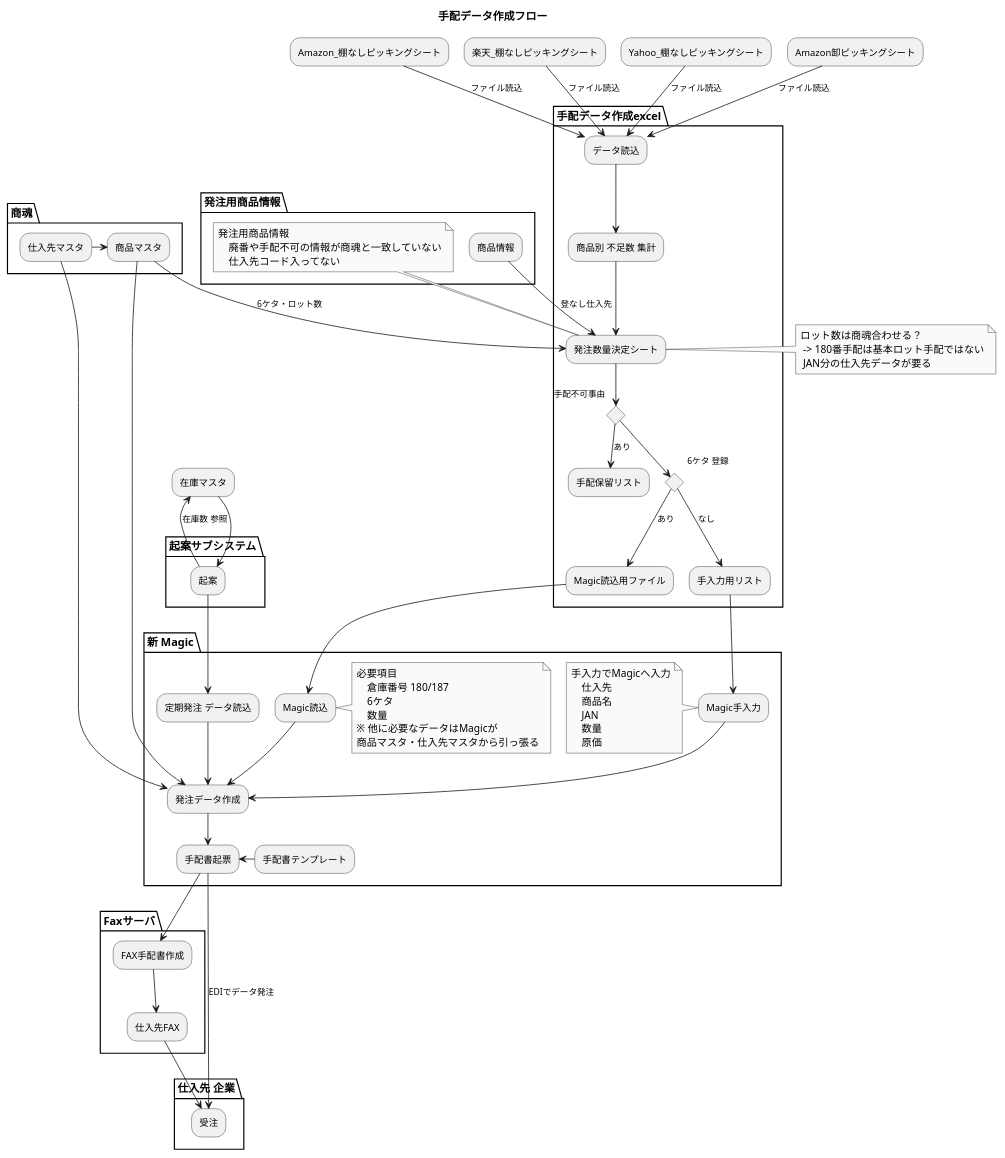
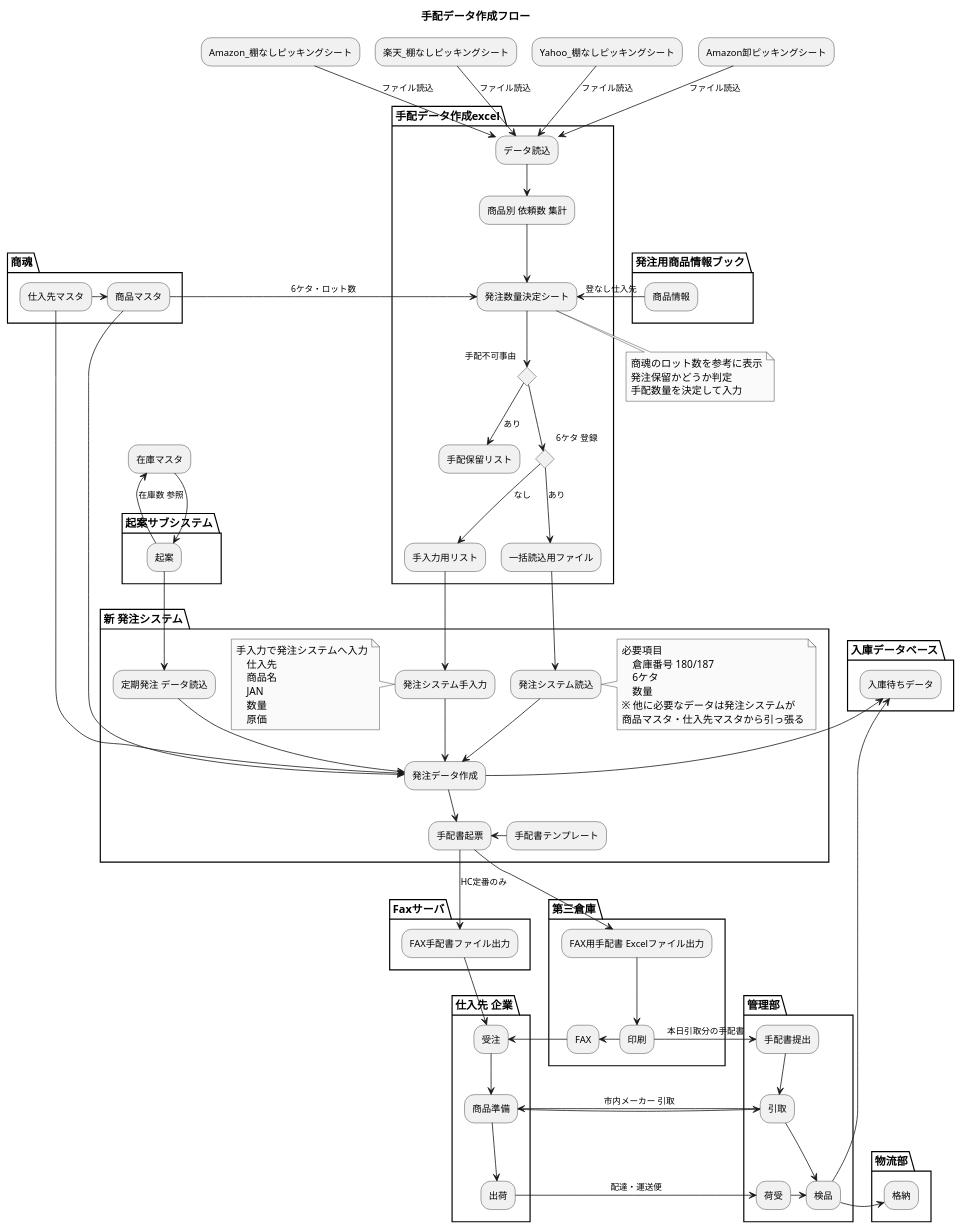
Before and after one commit to amunenaga/ec-backyard-macro: the diagram in build_purchase_data.puml, drawn with PlantUML.

Commit message:
手配フロー追記

```diff
--- a/build_purchase_data.puml
+++ b/build_purchase_data.puml
@@ -1,111 +1,137 @@
 @startuml 手配データ作成フロー
 
 title 手配データ作成フロー
 skinparam monochrome true
 
 partition 手配データ作成excel {
-    "データ読込" --> "商品別 不足数 集計"
+    "データ読込" --> "商品別 依頼数 集計"
 
-    "商品別 不足数 集計" --> "発注数量決定シート"
+    "商品別 依頼数 集計" --> "発注数量決定シート"
 
     if "手配不可事由"
             --> [あり]"手配保留リスト"
     else
             if "6ケタ 登録"
-                --> [あり] "Magic読込用ファイル"
+                --> [あり] "一括読込用ファイル"
             else
                 --> [なし] "手入力用リスト"
         end if 
     end if
     
 }
 
 "Amazon_棚なしピッキングシート" --> [ファイル読込]"データ読込"
 "楽天_棚なしピッキングシート" --> [ファイル読込]"データ読込"
 "Yahoo_棚なしピッキングシート" --> [ファイル読込]"データ読込"
 "Amazon卸ピッキングシート"--> [ファイル読込]"データ読込"
 
-Partition "新 Magic" {
+Partition "新 発注システム" {
 
-    "Magic読込用ファイル" -down-> "Magic読込"
+    "一括読込用ファイル" -down-> "発注システム読込"
     note right
         必要項目
             倉庫番号 180/187
             6ケタ
             数量
-        ※ 他に必要なデータはMagicが
+        ※ 他に必要なデータは発注システムが
         商品マスタ・仕入先マスタから引っ張る
     end note
 
-    "Magic読込" -down-> "発注データ作成"
+    "発注システム読込" -down-> "発注データ作成"
         
-    "手入力用リスト" --> "Magic手入力"
+    "手入力用リスト" --> "発注システム手入力"
     note left
-            手入力でMagicへ入力
+            手入力で発注システムへ入力
                 仕入先
                 商品名
                 JAN
                 数量
                 原価
     end note
 
 
-    "Magic手入力" --> "発注データ作成"
+    "発注システム手入力" --> "発注データ作成"
 
     "定期発注 データ読込" --> "発注データ作成"
 
     "発注データ作成" --> "手配書起票"
     "手配書テンプレート" -left-> "手配書起票"
 
 }
 
 Partition "起案サブシステム" {
     "起案" --> "定期発注 データ読込"
 }
 
 "起案" -up-> [在庫数 参照] "在庫マスタ"
 "在庫マスタ" --> "起案"
 
 partition 商魂 {
 
     "商品マスタ" --> "発注データ作成"
     "仕入先マスタ" --> "発注データ作成"
 
 }
 
 "仕入先マスタ" -right-> "商品マスタ"
---> [6ケタ・ロット数]"発注数量決定シート"
+-right-> [6ケタ・ロット数]"発注数量決定シート"
 
-note left
-    ロット数は商魂合わせる？
-     -> 180番手配は基本ロット手配ではない
-     JAN分の仕入先データが要る
+note bottom
+     商魂のロット数を参考に表示
+     発注保留かどうか判定
+     手配数量を決定して入力
 end note
 
-partition 発注用商品情報 {
+partition 発注用商品情報ブック {
     
-    "商品情報" -down-> [登なし仕入先]"発注数量決定シート" 
+    "商品情報" -left-> [登なし仕入先]"発注数量決定シート" 
 
-    note right
-        発注用商品情報
-            廃番や手配不可の情報が商魂と一致していない
-            仕入先コード入ってない
-    end note
+}
 
-
-
+Partition "入庫データベース" {
+    発注データ作成 -up-> 入庫待ちデータ
 }
 
 Partition "Faxサーバ" {
 
-    "手配書起票" --> "FAX手配書作成"
-    --> 仕入先FAX
+    "手配書起票" --> [HC定番のみ]"FAX手配書ファイル出力"
 }
 
 Partition "仕入先 企業" {
 
-    "仕入先FAX" -->  "受注"
-    "手配書起票" --> [EDIでデータ発注]"受注"
+    "FAX手配書ファイル出力" -->  "受注"
+    '"手配書起票" --> [EDIでデータ発注]"受注"'
+    --> 商品準備
+    --> 出荷
+}
+
+Partition "第三倉庫" {
+    手配書起票 --> FAX用手配書 Excelファイル出力
+    --> 印刷
+    -left-> FAX
+    --> 受注
+}
+
+
+
+
+Partition "管理部" {
+    印刷 -left-> [本日引取分の手配書]手配書提出
+    --> 引取
+    --> [市内メーカー 引取]商品準備
+    --> 引取
+    引取 --> 検品
+    出荷 --> [配達・運送便]荷受
+}
+
+
+-> 検品
+検品 -up-> 入庫待ちデータ
+
+Partition "物流部" {
+
+    検品 -> 格納
+
 }
 
 @enduml
```
